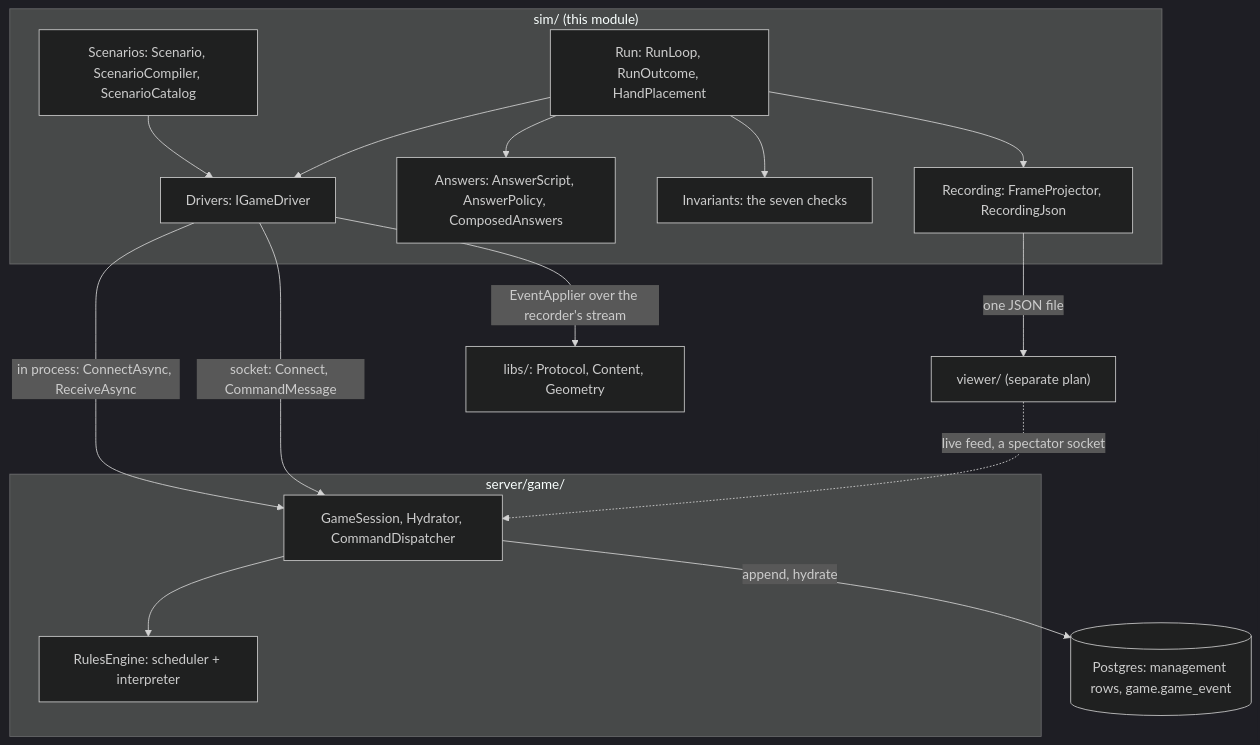
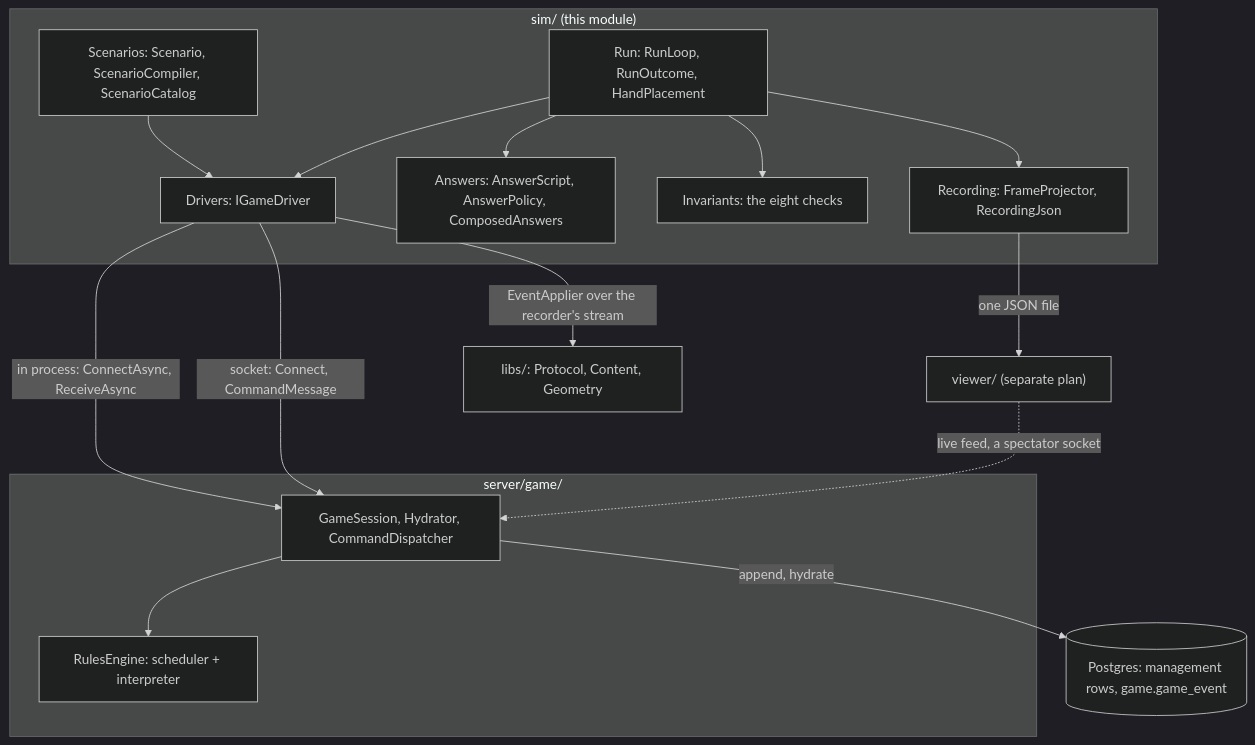
Before and after one commit to cstupi/tabletop: the first of 11 diagrams in docs/design/simulation/design.md, drawn with Mermaid (dark theme). The commit also changed other lines of this file and 17 other files, not shown here.

First line of the commit message:
Reconcile schema and interpreter docs with the spell-library build

````diff
--- a/docs/design/simulation/design.md
+++ b/docs/design/simulation/design.md
@@ -65,31 +65,31 @@
 ```mermaid
 flowchart TD
     subgraph sim["sim/ (this module)"]
         Scen["Scenarios: Scenario, ScenarioCompiler, ScenarioCatalog"]
         Ans["Answers: AnswerScript, AnswerPolicy, ComposedAnswers"]
         Loop["Run: RunLoop, RunOutcome, HandPlacement"]
-        Inv["Invariants: the seven checks"]
+        Inv["Invariants: the eight checks"]
         Rec["Recording: FrameProjector, RecordingJson"]
         Drv["Drivers: IGameDriver"]
     end
     subgraph gameserver["server/game/"]
         Session["GameSession, Hydrator, CommandDispatcher"]
         Engine["RulesEngine: scheduler + interpreter"]
     end
     Libs["libs/: Protocol, Content, Geometry"]
     PG[("Postgres: management rows, game.game_event")]
     Viewer["viewer/ (separate plan)"]
 
     Loop --> Drv
     Loop --> Ans
     Loop --> Inv
     Loop --> Rec
     Scen --> Drv
     Drv -->|"in process: ConnectAsync, ReceiveAsync"| Session
     Drv -->|"socket: Connect, CommandMessage"| Session
     Session --> Engine
     Session -->|"append, hydrate"| PG
     Drv -->|"EventApplier over the recorder's stream"| Libs
     Rec -->|"one JSON file"| Viewer
     Viewer -.->|"live feed, a spectator socket"| Session
 ```
````
